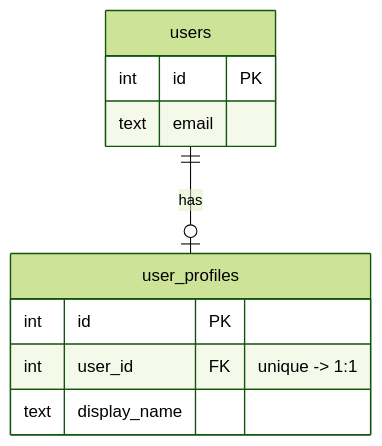
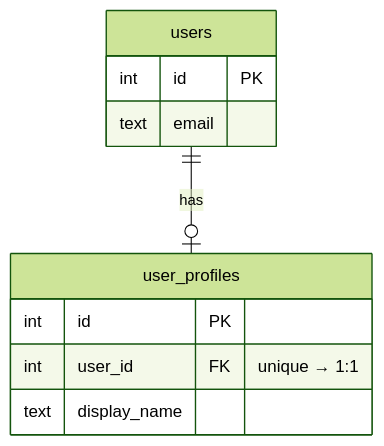
One commit to dataslope/dataslope changed the third of 4 diagrams in content/courses/database-design-postgresql/one-to-one.mdx. Above: the diagram before and after it, drawn with Mermaid (forest theme). The commit also changed other lines of this file and 26 other files, not shown here.

````diff
--- a/content/courses/database-design-postgresql/one-to-one.mdx
+++ b/content/courses/database-design-postgresql/one-to-one.mdx
@@ -70,13 +70,13 @@
 ```mermaid
 erDiagram
     users ||--o| user_profiles : has
     users {
         int id PK
         text email
     }
     user_profiles {
         int id PK
-        int user_id FK "unique -> 1:1"
+        int user_id FK "unique → 1:1"
         text display_name
     }
 ```
````
